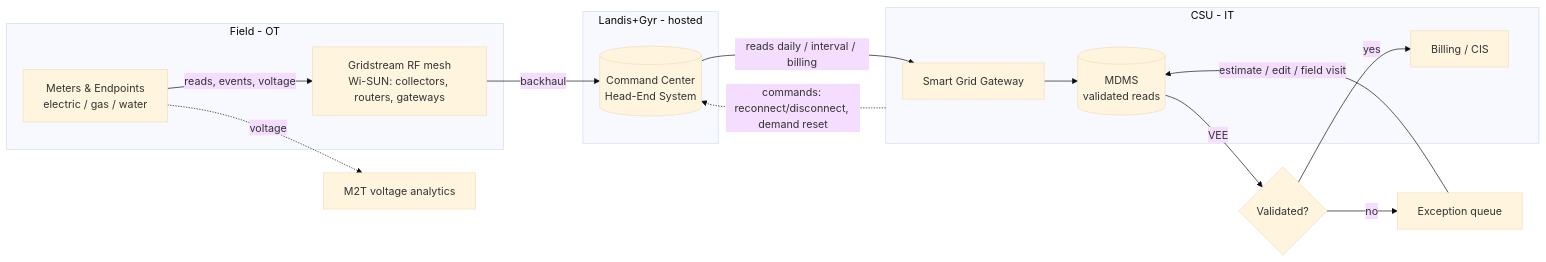
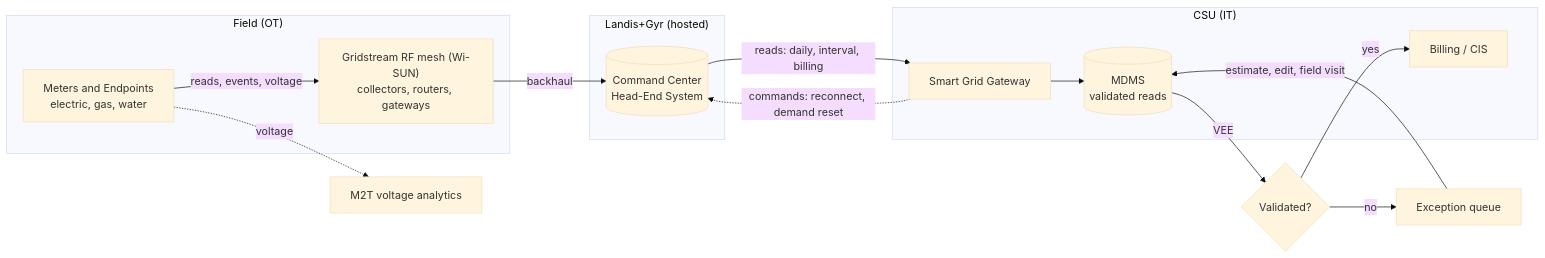
One commit to csu-advanced-utilities-tech/data-governance changed the first of 3 diagrams in docs/10-architecture-lineage.md. Above: the diagram before and after it, drawn with Mermaid (base theme).

Commit message:
Harden architecture Mermaid diagram (quote labels with special chars)

````diff
--- a/docs/10-architecture-lineage.md
+++ b/docs/10-architecture-lineage.md
@@ -17,25 +17,25 @@
 ```mermaid
 flowchart LR
-  subgraph FIELD[Field - OT]
-    M[Meters & Endpoints<br/>electric / gas / water]
-    NET[Gridstream RF mesh<br/>Wi-SUN: collectors, routers, gateways]
+  subgraph FIELD["Field (OT)"]
+    M["Meters and Endpoints<br/>electric, gas, water"]
+    NET["Gridstream RF mesh (Wi-SUN)<br/>collectors, routers, gateways"]
   end
-  subgraph VENDOR[Landis+Gyr - hosted]
-    HES[(Command Center<br/>Head-End System)]
+  subgraph VENDOR["Landis+Gyr (hosted)"]
+    HES[("Command Center<br/>Head-End System")]
   end
-  subgraph CSU[CSU - IT]
-    SGG[Smart Grid Gateway]
-    MDMS[(MDMS<br/>validated reads)]
-    BILL[Billing / CIS]
+  subgraph CSUZONE["CSU (IT)"]
+    SGG["Smart Grid Gateway"]
+    MDMS[("MDMS<br/>validated reads")]
+    BILL["Billing / CIS"]
   end
-  M -->|reads, events, voltage| NET
+  M -->|"reads, events, voltage"| NET
   NET -->|backhaul| HES
-  HES -->|reads daily / interval / billing| SGG
+  HES -->|"reads: daily, interval, billing"| SGG
   SGG --> MDMS
   MDMS -->|VEE| Q{Validated?}
   Q -->|yes| BILL
-  Q -->|no| EX[Exception queue]
-  EX -->|estimate / edit / field visit| MDMS
-  CSU -.commands: reconnect/disconnect, demand reset.-> HES
-  M -.voltage.-> M2T[M2T voltage analytics]
+  Q -->|no| EX["Exception queue"]
+  EX -->|"estimate, edit, field visit"| MDMS
+  SGG -.->|"commands: reconnect, demand reset"| HES
+  M -.->|voltage| M2T["M2T voltage analytics"]
 ```
````
